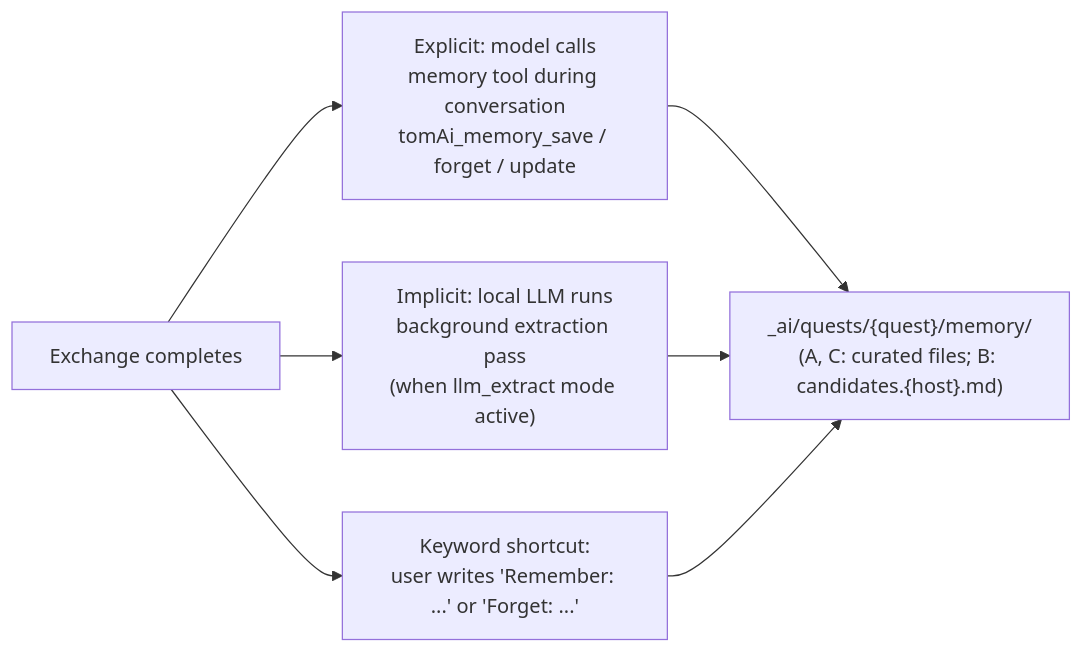
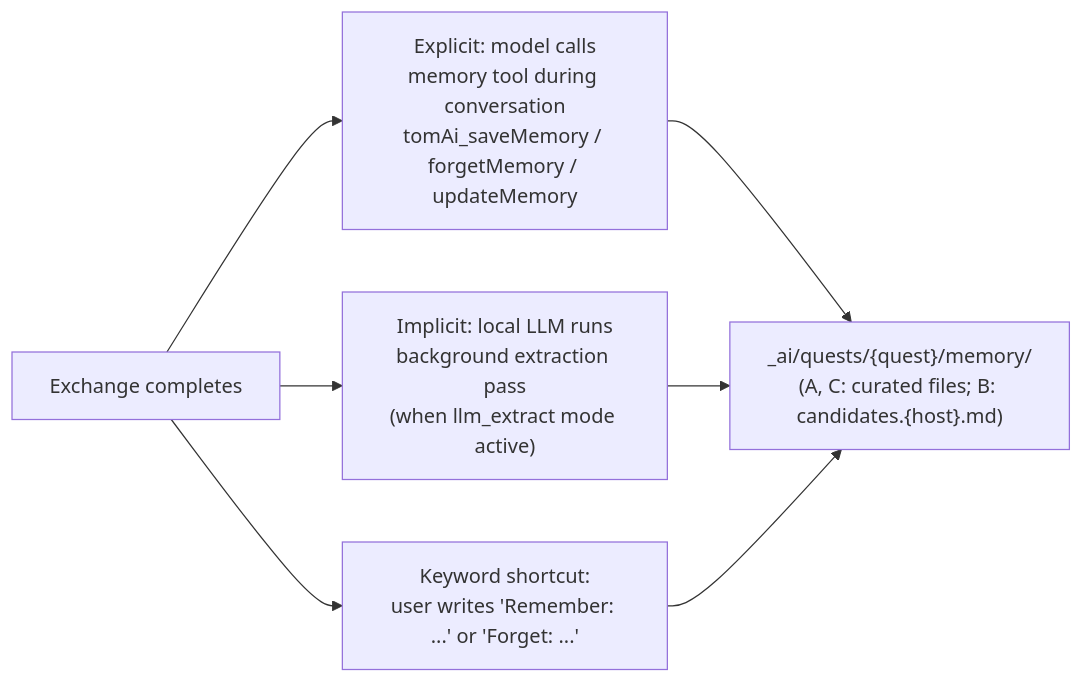
Before and after one commit to al-the-bear/tom_vscode: the third of 9 diagrams in tom_vscode_extension/doc/anthropic_sdk_integration.md, drawn with Mermaid. The commit also changed other lines of this file and 9 other files, not shown here.

````diff
--- a/tom_vscode_extension/doc/anthropic_sdk_integration.md
+++ b/tom_vscode_extension/doc/anthropic_sdk_integration.md
@@ -305,10 +305,10 @@
 ```mermaid
 flowchart LR
     EX[Exchange completes]
-    EX --> A["Explicit: model calls\nmemory tool during conversation\ntomAi_memory_save / forget / update"]
+    EX --> A["Explicit: model calls\nmemory tool during conversation\ntomAi_saveMemory / forgetMemory / updateMemory"]
     EX --> B["Implicit: local LLM runs\nbackground extraction pass\n(when llm_extract mode active)"]
     EX --> C["Keyword shortcut:\nuser writes 'Remember: ...' or 'Forget: ...'"]
     A --> MEM["_ai/quests/{quest}/memory/\n(A, C: curated files; B: candidates.{host}.md)"]
     B --> MEM
     C --> MEM
 ```
````
